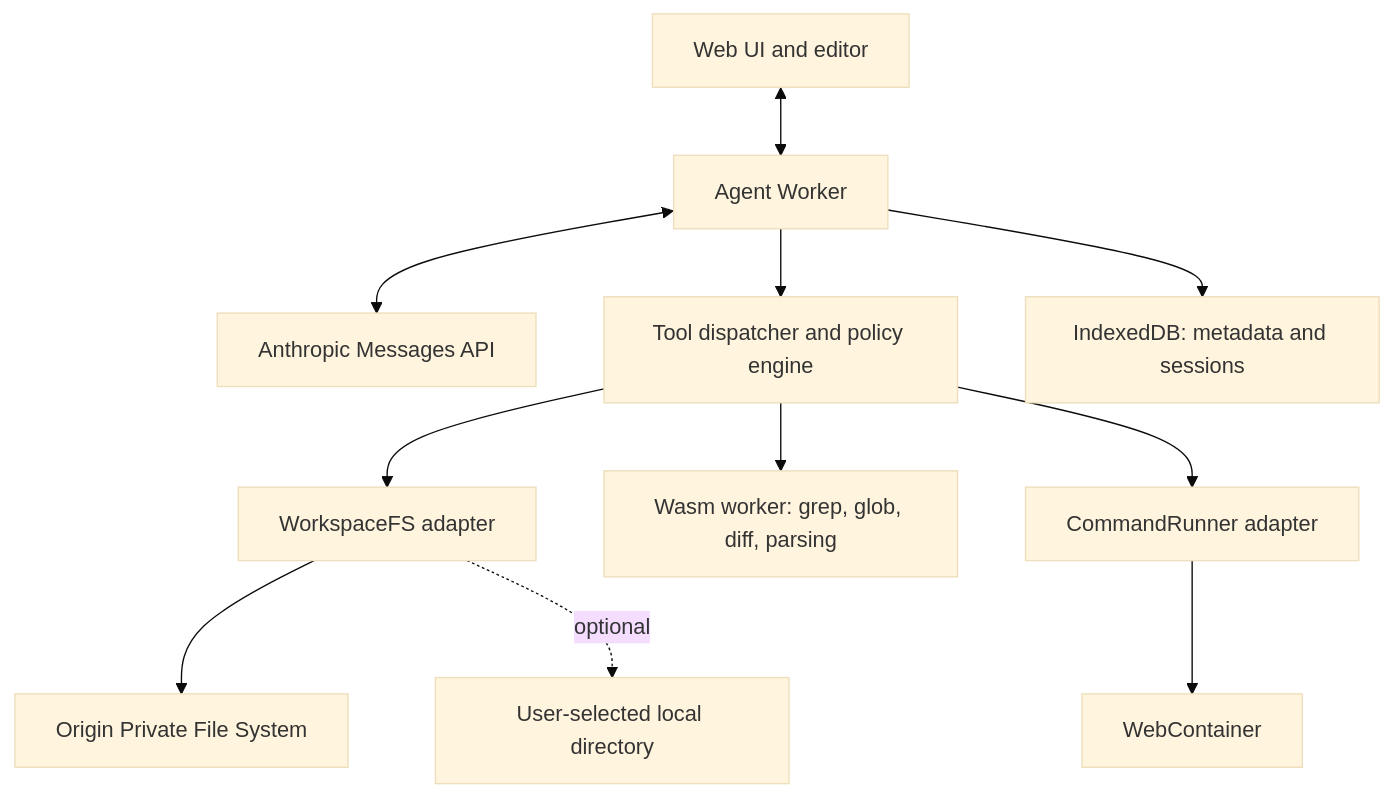
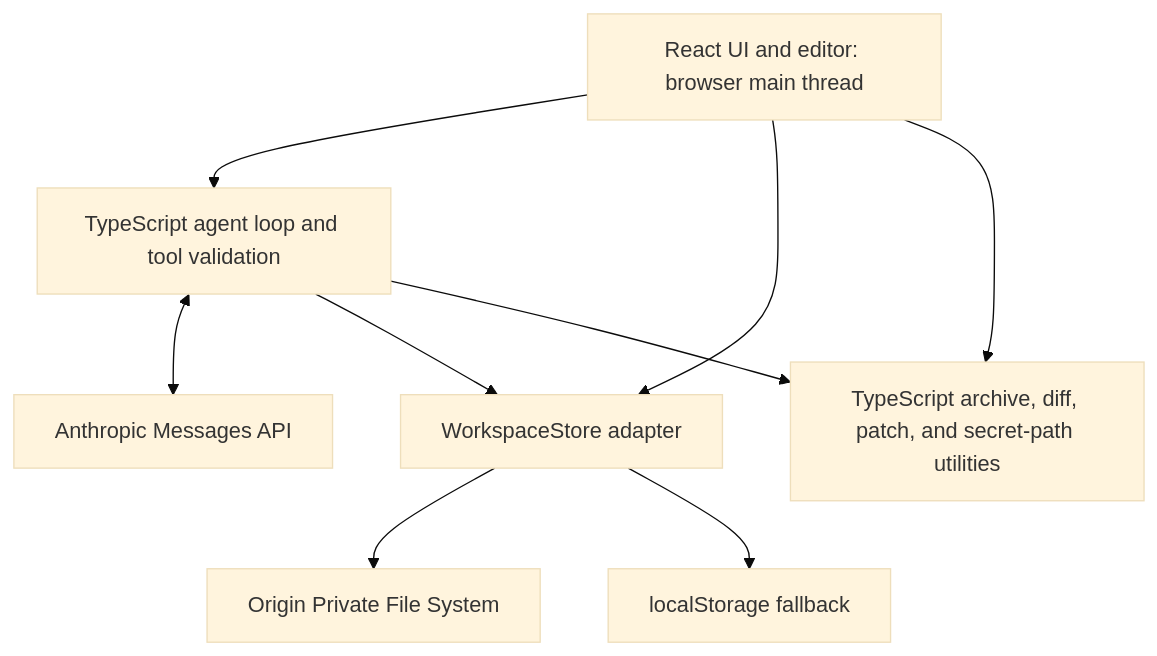
Before and after one commit to haya-inc/wasmhatch: the first of 2 diagrams in docs/plan.md, drawn with Mermaid (base theme). The commit also changed other lines of this file and 5 other files, not shown here.

Commit message:
Align architecture plan with execution roadmap

````diff
--- a/docs/plan.md
+++ b/docs/plan.md
@@ -89,25 +105,19 @@
 ```mermaid
 flowchart TD
-    UI["Web UI and editor"]
-    AW["Agent Worker"]
+    UI["React UI and editor: browser main thread"]
+    AG["TypeScript agent loop and tool validation"]
     API["Anthropic Messages API"]
-    TD["Tool dispatcher and policy engine"]
-    FS["WorkspaceFS adapter"]
+    FS["WorkspaceStore adapter"]
     OPFS["Origin Private File System"]
-    LOCAL["User-selected local directory"]
-    WW["Wasm worker: grep, glob, diff, parsing"]
-    CR["CommandRunner adapter"]
-    WC["WebContainer"]
-    IDB["IndexedDB: metadata and sessions"]
+    LS["localStorage fallback"]
+    TS["TypeScript archive, diff, patch, and secret-path utilities"]
 
-    UI <--> AW
-    AW <--> API
-    AW --> TD
-    TD --> FS
-    TD --> WW
-    TD --> CR
+    UI --> AG
+    AG <--> API
+    AG --> FS
+    UI --> FS
+    UI --> TS
+    AG --> TS
     FS --> OPFS
-    FS -. optional .-> LOCAL
-    CR --> WC
-    AW --> IDB
+    FS --> LS
 ```
````
